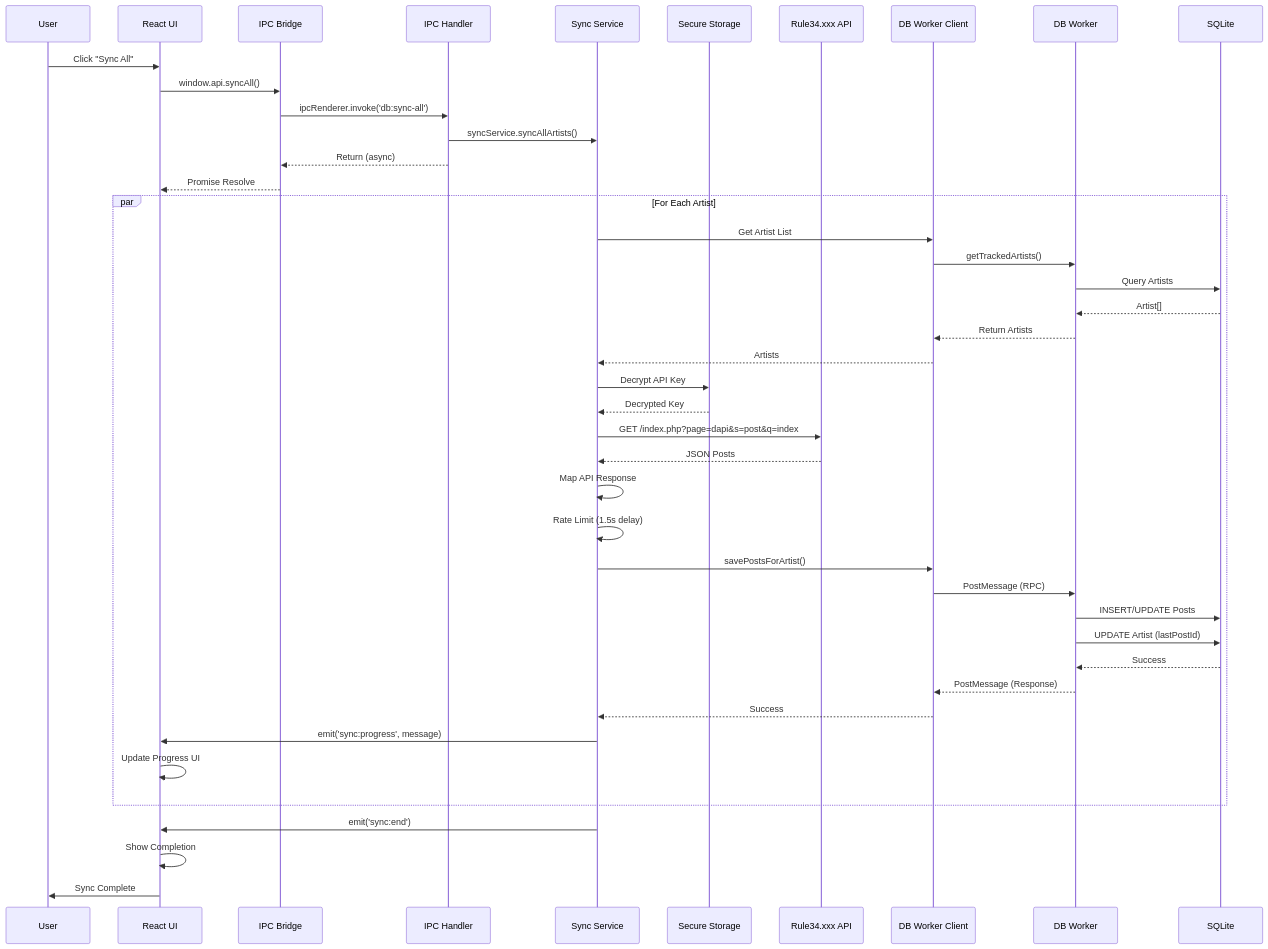
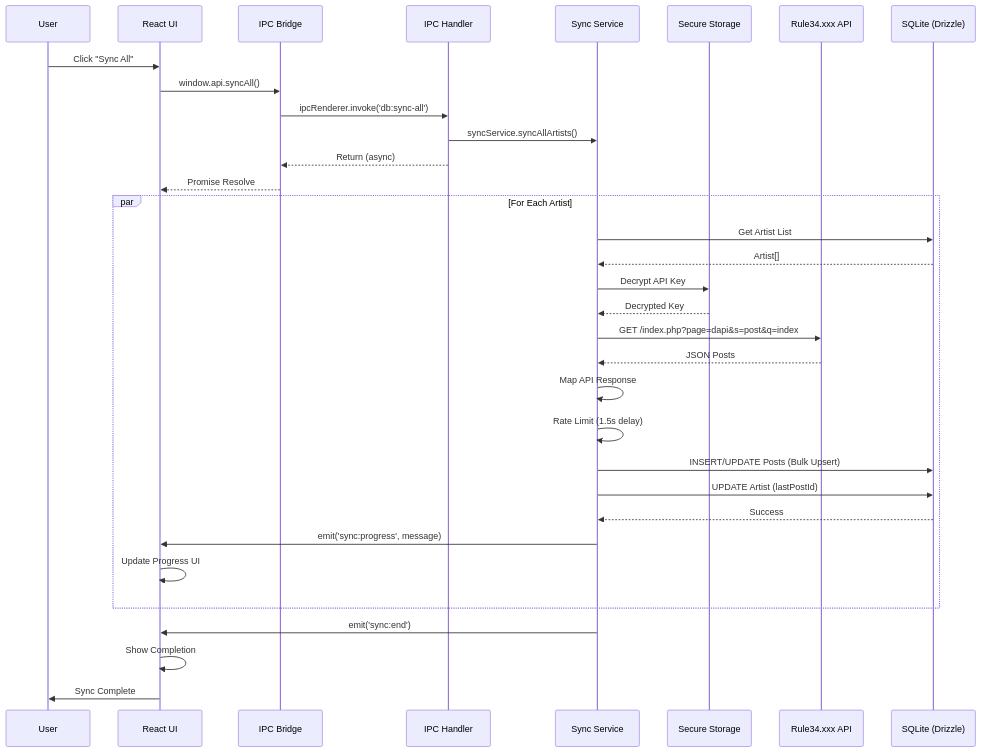
Before and after one commit to KazeKaze93/RuleDesk: the ninth of 11 diagrams in docs/architecture.md, drawn with Mermaid. The commit also changed other lines of this file and 5 other files, not shown here.

First line of the commit message:
chore: update documentation and architecture for database access changes

````diff
--- a/docs/architecture.md
+++ b/docs/architecture.md
@@ -532,53 +488,43 @@
 ```mermaid
 sequenceDiagram
     participant User
     participant ReactUI as React UI
     participant Bridge as IPC Bridge
     participant IPC as IPC Handler
     participant SyncService as Sync Service
     participant SecureStorage as Secure Storage
     participant Rule34API as Rule34.xxx API
-    participant Client as DB Worker Client
-    participant Worker as DB Worker
-    participant DB as SQLite
+    participant DB as SQLite (Drizzle)
 
     User->>ReactUI: Click "Sync All"
     ReactUI->>Bridge: window.api.syncAll()
     Bridge->>IPC: ipcRenderer.invoke('db:sync-all')
     IPC->>SyncService: syncService.syncAllArtists()
     IPC-->>Bridge: Return (async)
     Bridge-->>ReactUI: Promise Resolve
 
     par For Each Artist
-        SyncService->>Client: Get Artist List
-        Client->>Worker: getTrackedArtists()
-        Worker->>DB: Query Artists
-        DB-->>Worker: Artist[]
-        Worker-->>Client: Return Artists
-        Client-->>SyncService: Artists
+        SyncService->>DB: Get Artist List
+        DB-->>SyncService: Artist[]
 
         SyncService->>SecureStorage: Decrypt API Key
         SecureStorage-->>SyncService: Decrypted Key
 
         SyncService->>Rule34API: GET /index.php?page=dapi&s=post&q=index
         Rule34API-->>SyncService: JSON Posts
 
         SyncService->>SyncService: Map API Response
         SyncService->>SyncService: Rate Limit (1.5s delay)
 
-        SyncService->>Client: savePostsForArtist()
-        Client->>Worker: PostMessage (RPC)
-        Worker->>DB: INSERT/UPDATE Posts
-        Worker->>DB: UPDATE Artist (lastPostId)
-        DB-->>Worker: Success
-        Worker-->>Client: PostMessage (Response)
-        Client-->>SyncService: Success
+        SyncService->>DB: INSERT/UPDATE Posts (Bulk Upsert)
+        SyncService->>DB: UPDATE Artist (lastPostId)
+        DB-->>SyncService: Success
 
         SyncService->>ReactUI: emit('sync:progress', message)
         ReactUI->>ReactUI: Update Progress UI
     end
 
     SyncService->>ReactUI: emit('sync:end')
     ReactUI->>ReactUI: Show Completion
     ReactUI->>User: Sync Complete
 ```
````
